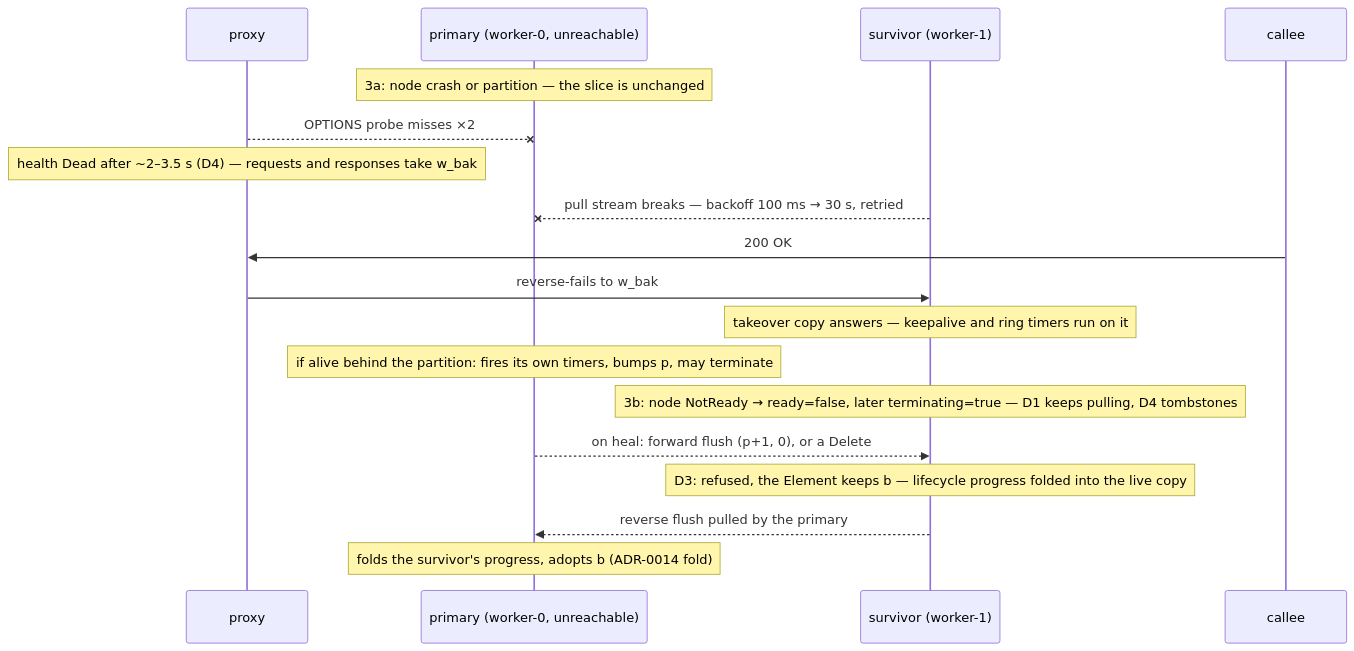
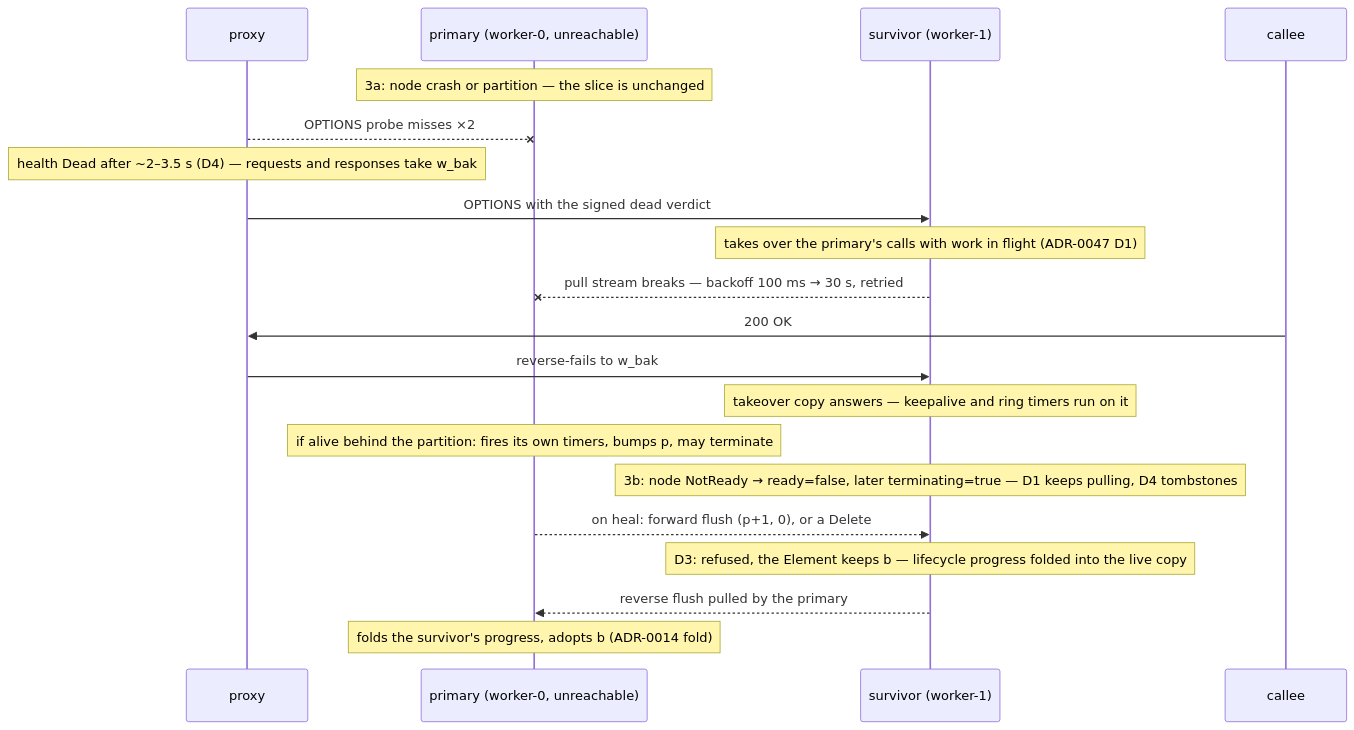
Before and after one commit to vcharbon/siprustserver: the third of 3 diagrams in docs/adr/0031-a-workers-three-ways-out.md, drawn with Mermaid. The commit also changed other lines of this file and 12 other files, not shown here.

First line of the commit message:
b2bua: a proxy's dead verdict takes over the dead worker's calls with work in flight

````diff
--- a/docs/adr/0031-a-workers-three-ways-out.md
+++ b/docs/adr/0031-a-workers-three-ways-out.md
@@ -273,20 +280,22 @@
 ```mermaid
 sequenceDiagram
     participant P as proxy
     participant E as primary (worker-0, unreachable)
     participant S as survivor (worker-1)
     participant C as callee
     Note over E: 3a: node crash or partition — the slice is unchanged
     P--xE: OPTIONS probe misses ×2
     Note over P: health Dead after ~2–3.5 s (D4) — requests and responses take w_bak
+    P->>S: OPTIONS with the signed dead verdict
+    Note over S: takes over the primary's calls with work in flight (ADR-0047 D1)
     S--xE: pull stream breaks — backoff 100 ms → 30 s, retried
     C->>P: 200 OK
     P->>S: reverse-fails to w_bak
     Note over S: takeover copy answers — keepalive and ring timers run on it
     Note over E: if alive behind the partition: fires its own timers, bumps p, may terminate
     Note over S: 3b: node NotReady → ready=false, later terminating=true — D1 keeps pulling, D4 tombstones
     E-->>S: on heal: forward flush (p+1, 0), or a Delete
     Note over S: D3: refused, the Element keeps b — lifecycle progress folded into the live copy
     S-->>E: reverse flush pulled by the primary
     Note over E: folds the survivor's progress, adopts b (ADR-0014 fold)
 ```
````
